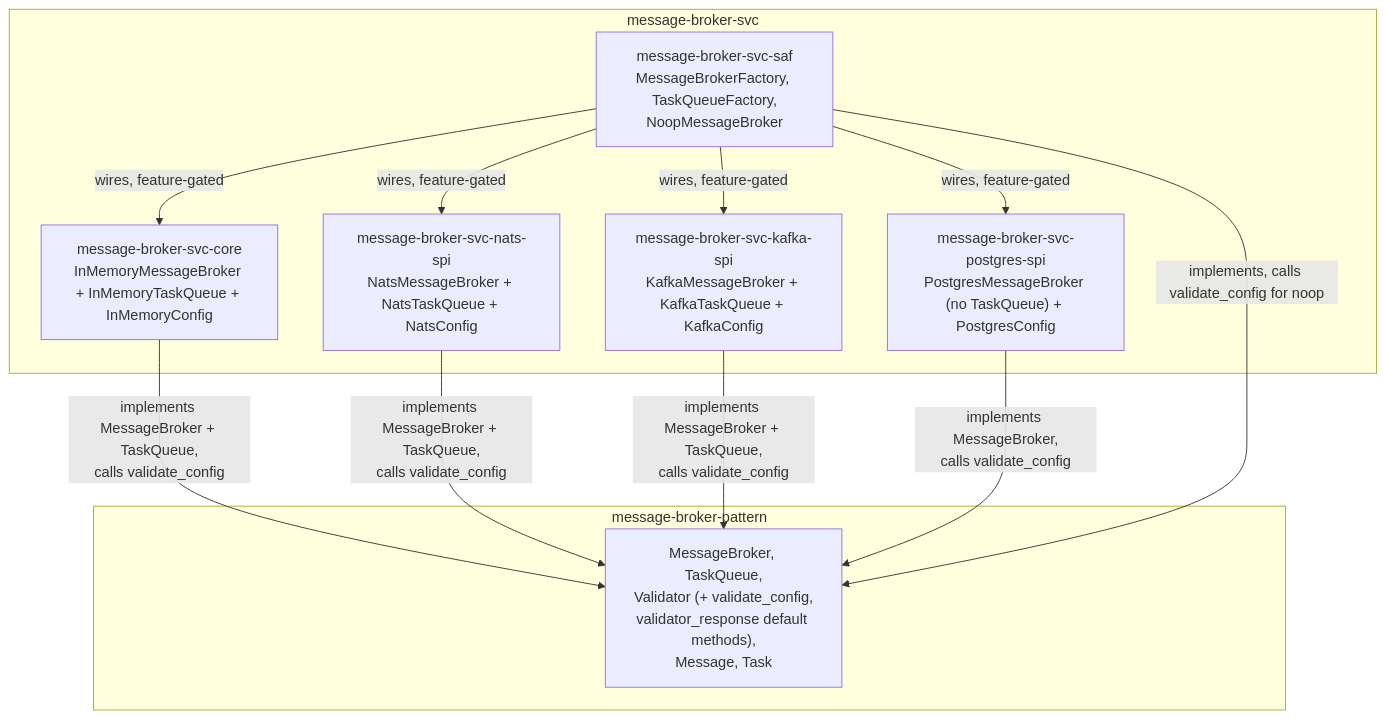
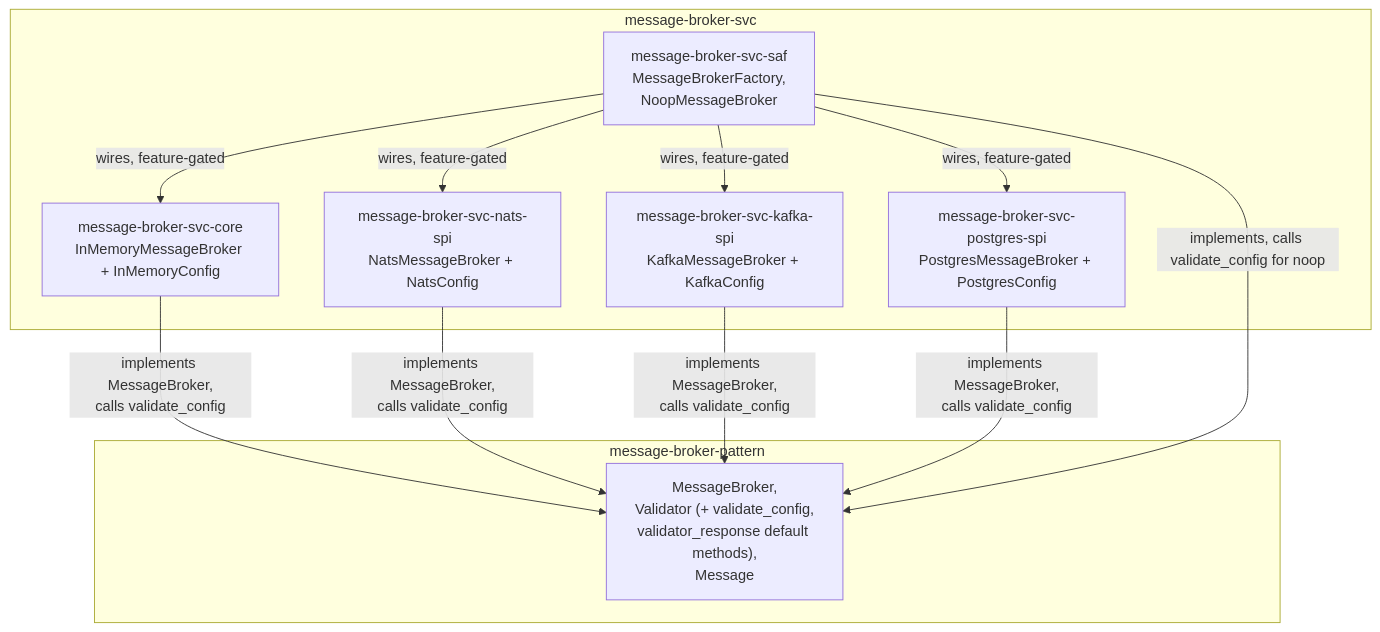
The diagram in docs/3-design/architecture.md (sweengineeringlabs/message-broker-svc), drawn with Mermaid before and after one commit. The commit also changed other lines of this file and 28 other files, not shown here.

````diff
--- a/docs/3-design/architecture.md
+++ b/docs/3-design/architecture.md
@@ -213,25 +237,25 @@
 ```mermaid
 flowchart TD
     subgraph pattern["message-broker-pattern"]
-        contract["MessageBroker, TaskQueue,<br/>Validator (+ validate_config,<br/>validator_response default methods),<br/>Message, Task"]
+        contract["MessageBroker,<br/>Validator (+ validate_config,<br/>validator_response default methods),<br/>Message"]
     end
 
     subgraph svc["message-broker-svc"]
-        core["message-broker-svc-core<br/>InMemoryMessageBroker + InMemoryTaskQueue + InMemoryConfig"]
-        saf["message-broker-svc-saf<br/>MessageBrokerFactory, TaskQueueFactory,<br/>NoopMessageBroker"]
-        nats["message-broker-svc-nats-spi<br/>NatsMessageBroker + NatsTaskQueue + NatsConfig"]
-        kafka["message-broker-svc-kafka-spi<br/>KafkaMessageBroker + KafkaTaskQueue + KafkaConfig"]
-        postgres["message-broker-svc-postgres-spi<br/>PostgresMessageBroker (no TaskQueue) + PostgresConfig"]
+        core["message-broker-svc-core<br/>InMemoryMessageBroker + InMemoryConfig"]
+        saf["message-broker-svc-saf<br/>MessageBrokerFactory,<br/>NoopMessageBroker"]
+        nats["message-broker-svc-nats-spi<br/>NatsMessageBroker + NatsConfig"]
+        kafka["message-broker-svc-kafka-spi<br/>KafkaMessageBroker + KafkaConfig"]
+        postgres["message-broker-svc-postgres-spi<br/>PostgresMessageBroker + PostgresConfig"]
 
-        core -->|implements MessageBroker + TaskQueue,<br/>calls validate_config| contract
-        nats -->|implements MessageBroker + TaskQueue,<br/>calls validate_config| contract
-        kafka -->|implements MessageBroker + TaskQueue,<br/>calls validate_config| contract
+        core -->|implements MessageBroker,<br/>calls validate_config| contract
+        nats -->|implements MessageBroker,<br/>calls validate_config| contract
+        kafka -->|implements MessageBroker,<br/>calls validate_config| contract
         postgres -->|implements MessageBroker,<br/>calls validate_config| contract
         saf -->|implements, calls validate_config for noop| contract
 
         saf -->|wires, feature-gated| core
         saf -->|wires, feature-gated| nats
         saf -->|wires, feature-gated| kafka
         saf -->|wires, feature-gated| postgres
     end
 ```
````
